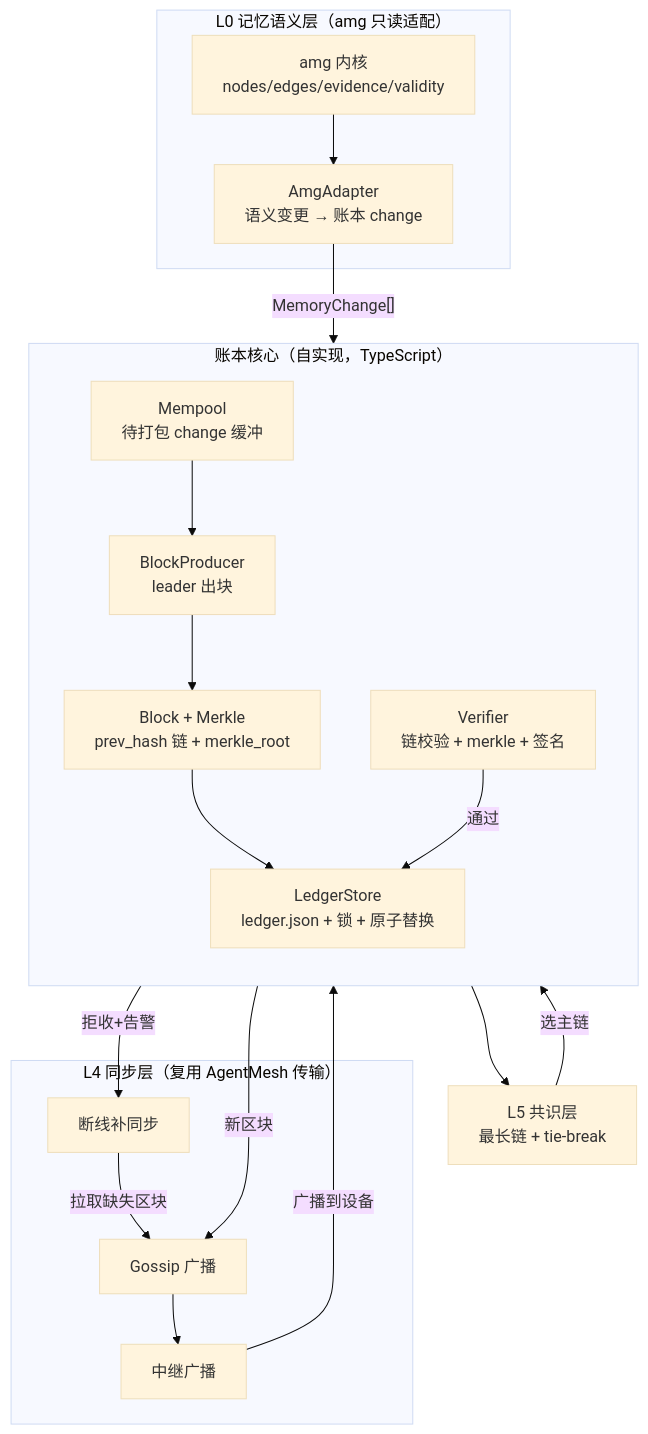
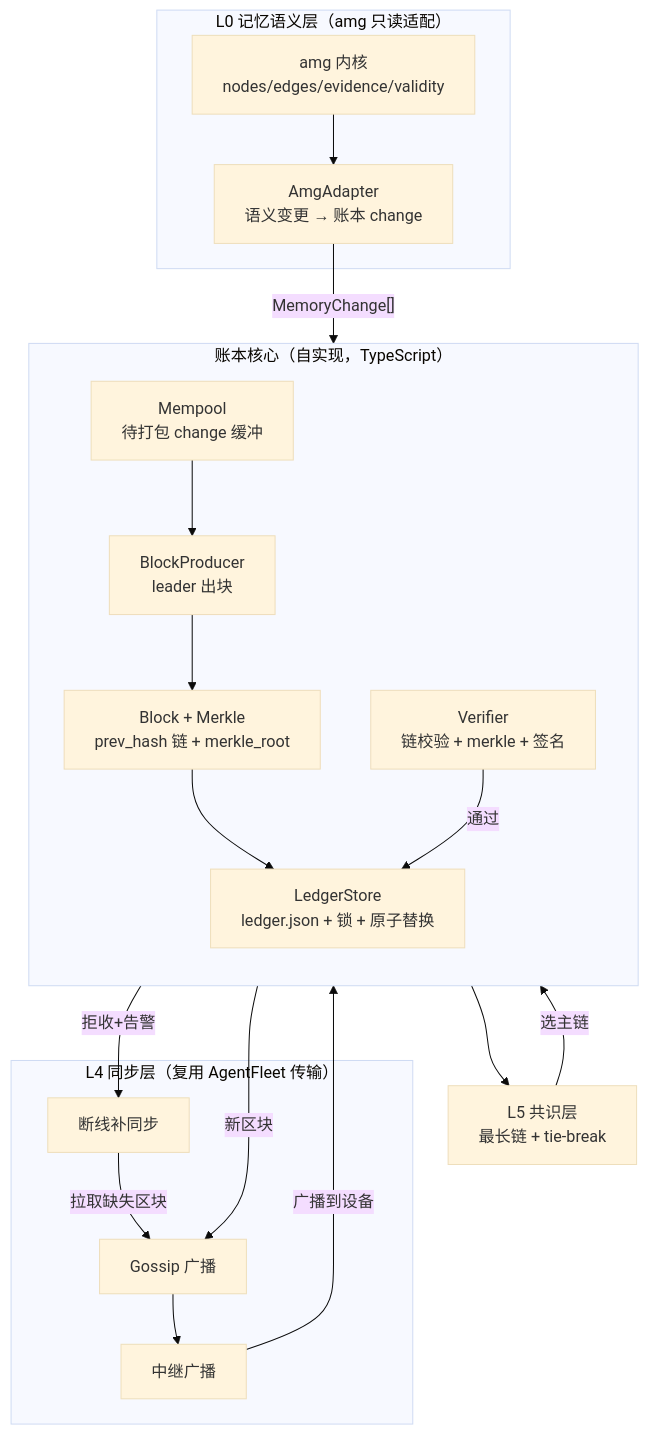
One commit to narkco-kang/agent-fleet changed the first of 6 diagrams in docs/07-记忆账本架构设计.md. Above: the diagram before and after it, drawn with Mermaid (base theme). The commit also changed other lines of this file and 186 other files, not shown here.

First line of the commit message:
rename: AgentMesh → AgentFleet (多设备智能体舰队)

````diff
--- a/docs/07-记忆账本架构设计.md
+++ b/docs/07-记忆账本架构设计.md
@@ -55,38 +55,38 @@
 ```mermaid
 flowchart TB
     subgraph SEM["L0 记忆语义层（amg 只读适配）"]
         AMG["amg 内核<br/>nodes/edges/evidence/validity"]
         ADAPTER["AmgAdapter<br/>语义变更 → 账本 change"]
     end
 
     subgraph LEDGER["账本核心（自实现，TypeScript）"]
         direction TB
         MEMPOOL["Mempool<br/>待打包 change 缓冲"]
         PRODUCER["BlockProducer<br/>leader 出块"]
         BLOCK["Block + Merkle<br/>prev_hash 链 + merkle_root"]
         STORE["LedgerStore<br/>ledger.json + 锁 + 原子替换"]
         VERIFY["Verifier<br/>链校验 + merkle + 签名"]
     end
 
-    subgraph SYNC["L4 同步层（复用 AgentMesh 传输）"]
+    subgraph SYNC["L4 同步层（复用 AgentFleet 传输）"]
         GOSSIP["Gossip 广播"]
         RELAY["中继广播"]
         CATCHUP["断线补同步"]
     end
 
     CONSENSUS["L5 共识层<br/>最长链 + tie-break"]
 
     AMG --> ADAPTER
     ADAPTER -->|"MemoryChange[]"| MEMPOOL
     MEMPOOL --> PRODUCER
     PRODUCER --> BLOCK
     BLOCK --> STORE
     STORE -->|"新区块"| GOSSIP
     GOSSIP --> RELAY
     RELAY -->|"广播到设备"| VERIFY
     VERIFY -->|"通过"| STORE
     VERIFY -->|"拒收+告警"| CATCHUP
     CATCHUP -->|"拉取缺失区块"| GOSSIP
     STORE --> CONSENSUS
     CONSENSUS -->|"选主链"| STORE
 ```
````
